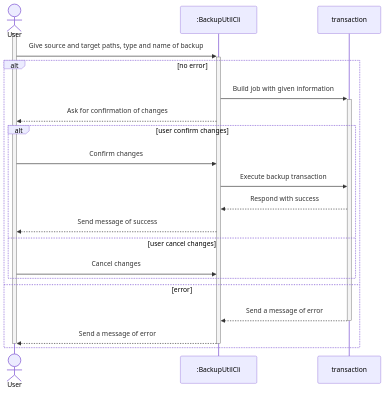
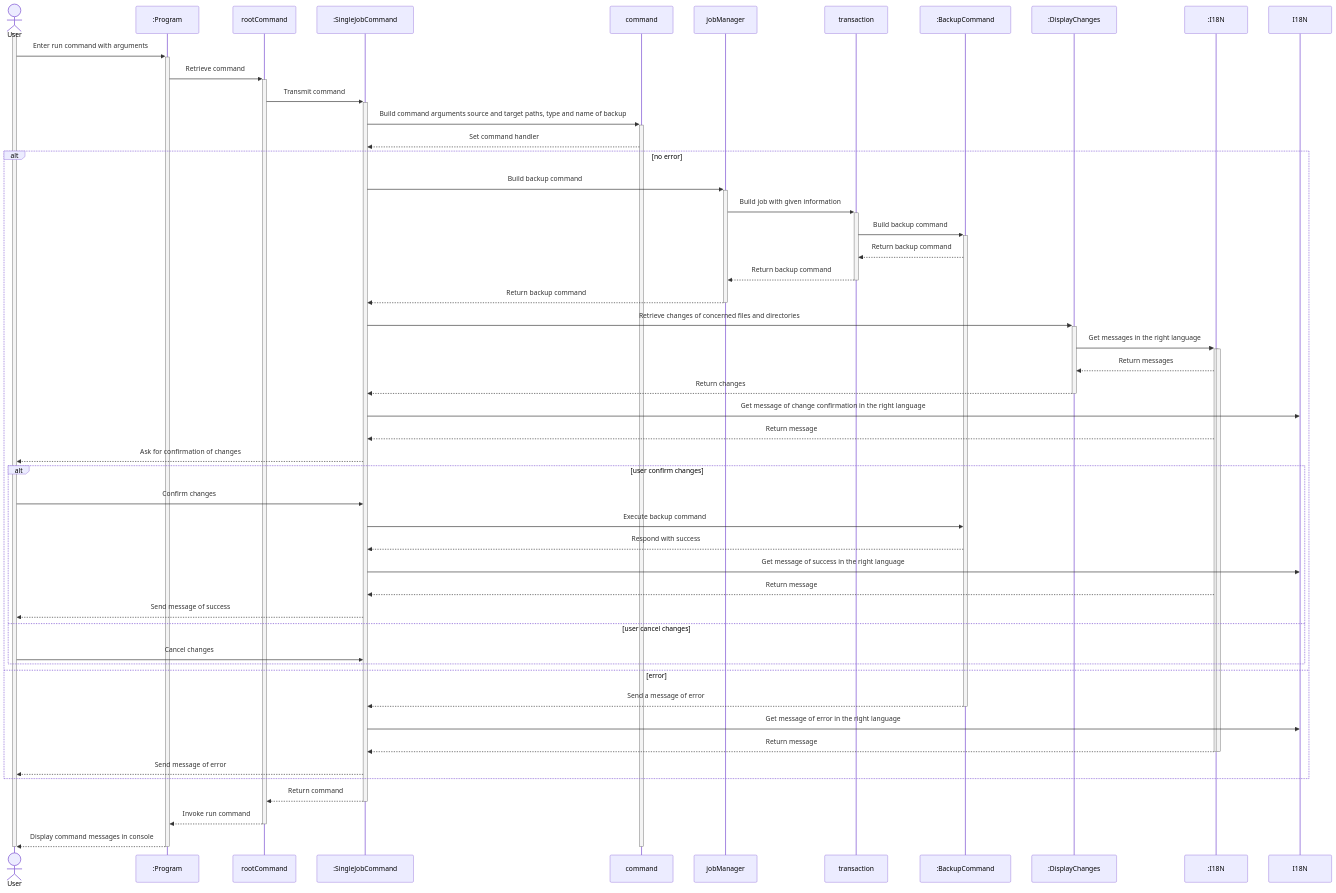
One commit to kellianb/FISE_A3_SE_BECHTEL changed the first of 5 diagrams in README.md. Above: the diagram before and after it, drawn with Mermaid. The commit also changed other lines of this file, not shown here.

Commit message:
Changed sequence diagrams to fit the new code version

````diff
--- a/README.md
+++ b/README.md
@@ -34,26 +34,59 @@
 ```mermaid
 sequenceDiagram
     actor User
-    participant #58;BackupUtilCli
+    participant #58;Program
+    participant rootCommand
+    participant #58;SingleJobCommand
+    participant command
+    participant jobManager
+    participant transaction
+    participant #58;BackupCommand
+    participant #58;DisplayChanges
+    participant #58;I18N
 
     activate User
-    User->>+#58;BackupUtilCli: Give source and target paths, type and name of backup
+    User->>+#58;Program: Enter run command with arguments
+    #58;Program->>+rootCommand: Retrieve command
+    rootCommand->>+#58;SingleJobCommand: Transmit command
+    #58;SingleJobCommand->>+command: Build command arguments source and target paths, type and name of backup
+    command-->>#58;SingleJobCommand: Set command handler
+
     alt no error
-        #58;BackupUtilCli->>+transaction: Build job with given information
-        #58;BackupUtilCli-->>User: Ask for confirmation of changes
+        #58;SingleJobCommand->>+jobManager: Build backup command
+        jobManager->>+transaction: Build job with given information
+        transaction->>+#58;BackupCommand: Build backup command
+        #58;BackupCommand-->>transaction: Return backup command
+        transaction-->>-jobManager: Return backup command
+        jobManager-->>-#58;SingleJobCommand: Return backup command
+        #58;SingleJobCommand->>+#58;DisplayChanges: Retrieve changes of concerned files and directories
+        #58;DisplayChanges->>+#58;I18N: Get messages in the right language
+        activate #58;I18N
+        #58;I18N-->>#58;DisplayChanges: Return messages
+        #58;DisplayChanges-->>-#58;SingleJobCommand: Return changes
+        #58;SingleJobCommand->>I18N: Get message of change confirmation in the right language
+        #58;I18N-->>#58;SingleJobCommand: Return message
+        #58;SingleJobCommand-->>User: Ask for confirmation of changes
         alt user confirm changes
-            User->>#58;BackupUtilCli: Confirm changes
-            #58;BackupUtilCli->>transaction: Execute backup transaction
-            transaction-->>#58;BackupUtilCli: Respond with success
-            #58;BackupUtilCli-->>User: Send message of success
+            User->>#58;SingleJobCommand: Confirm changes
+            #58;SingleJobCommand->>#58;BackupCommand: Execute backup command
+            #58;BackupCommand-->>#58;SingleJobCommand: Respond with success
+            #58;SingleJobCommand->>I18N: Get message of success in the right language
+            #58;I18N-->>#58;SingleJobCommand: Return message
+            #58;SingleJobCommand-->>User: Send message of success
         else user cancel changes
-            User->>#58;BackupUtilCli: Cancel changes
+            User->>#58;SingleJobCommand: Cancel changes
         end
     else error
-        transaction-->>#58;BackupUtilCli: Send a message of error
-        deactivate transaction
-        #58;BackupUtilCli-->>User: Send a message of error
-        deactivate #58;BackupUtilCli
-        deactivate User
-    end
+        #58;BackupCommand-->>#58;SingleJobCommand: Send a message of error
+        deactivate #58;BackupCommand
+        #58;SingleJobCommand->>I18N: Get message of error in the right language
+        #58;I18N-->>-#58;SingleJobCommand: Return message
+        deactivate #58;I18N
+        #58;SingleJobCommand-->>User: Send message of error
+        end
+        #58;SingleJobCommand-->>-rootCommand: Return command
+        rootCommand-->>-#58;Program: Invoke run command
+        #58;Program-->>-User: Display command messages in console
+        deactivate command
+    deactivate User
 ```
````
